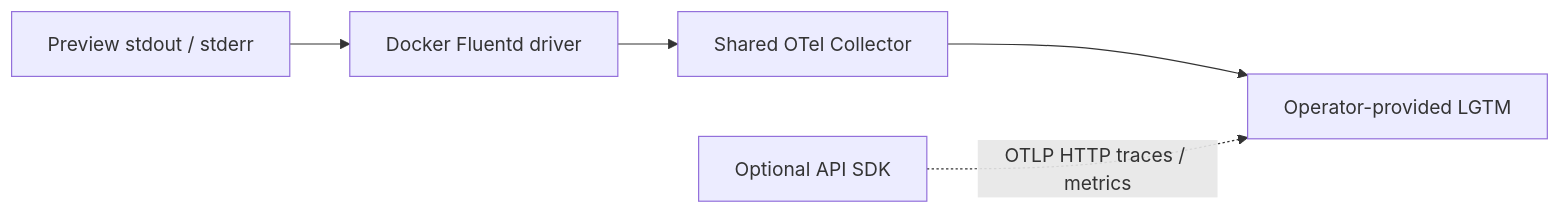
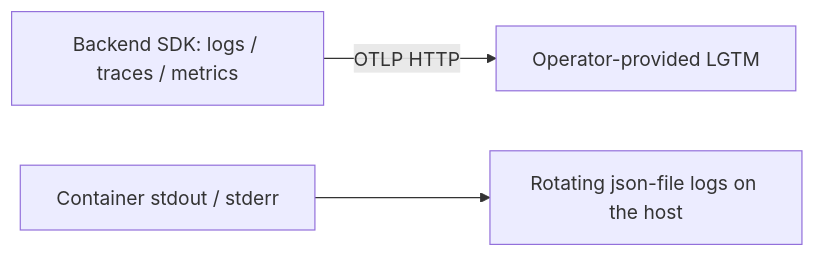
Before and after one commit to DCGM/PeopleGatorApp: the diagram in docs/OBSERVABILITY.md, drawn with Mermaid. The commit also changed other lines of this file and 25 other files, not shown here.

First line of the commit message:
Export backend telemetry directly instead of shipping container logs (#122)

````diff
--- a/docs/OBSERVABILITY.md
+++ b/docs/OBSERVABILITY.md
@@ -19,7 +21,5 @@
 ```mermaid
 flowchart LR
-  Containers[Preview stdout / stderr] --> Driver[Docker Fluentd driver]
-  Driver --> Collector[Shared OTel Collector]
-  Collector --> LGTM[Operator-provided LGTM]
-  API[Optional API SDK] -. OTLP HTTP traces / metrics .-> LGTM
+  API[Backend SDK: logs / traces / metrics] -- OTLP HTTP --> LGTM[Operator-provided LGTM]
+  Containers[Container stdout / stderr] --> Local[Rotating json-file logs on the host]
 ```
````
